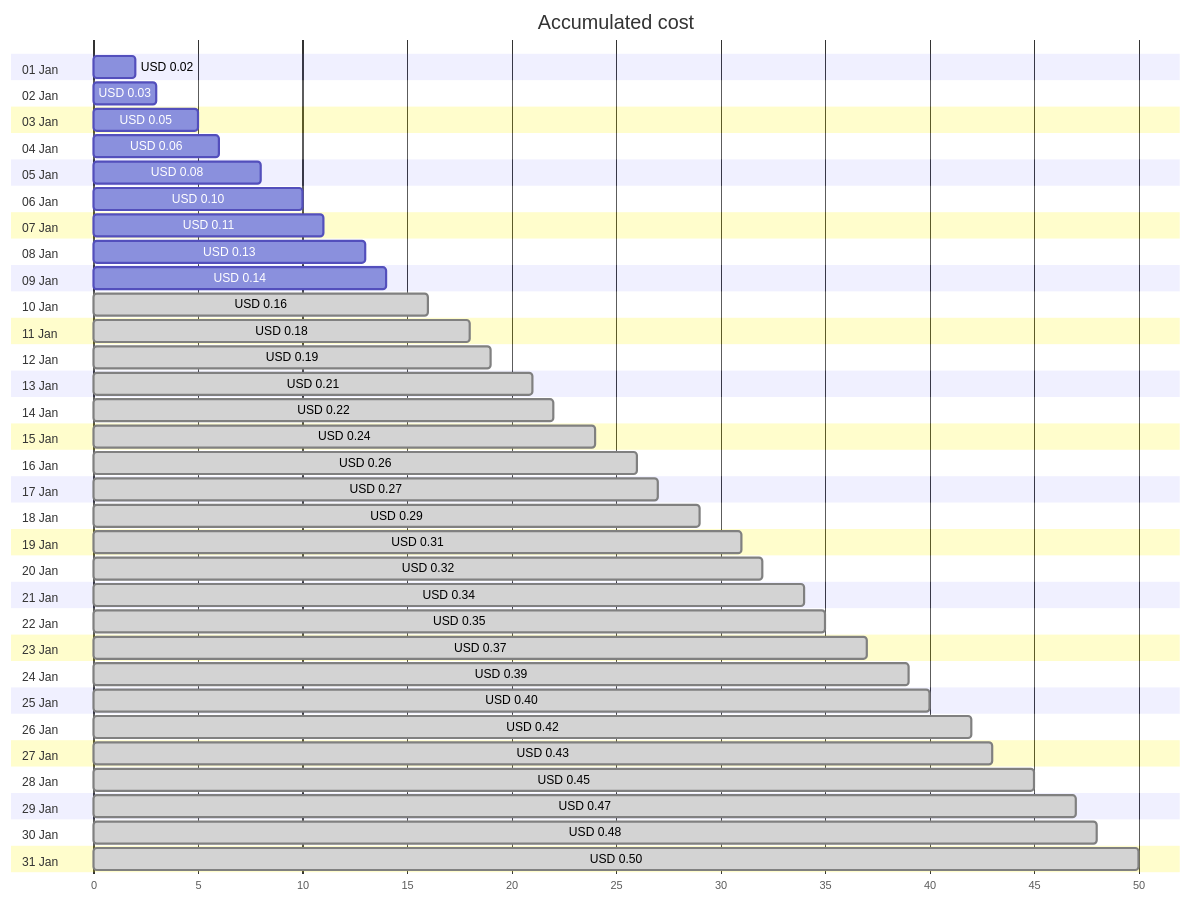
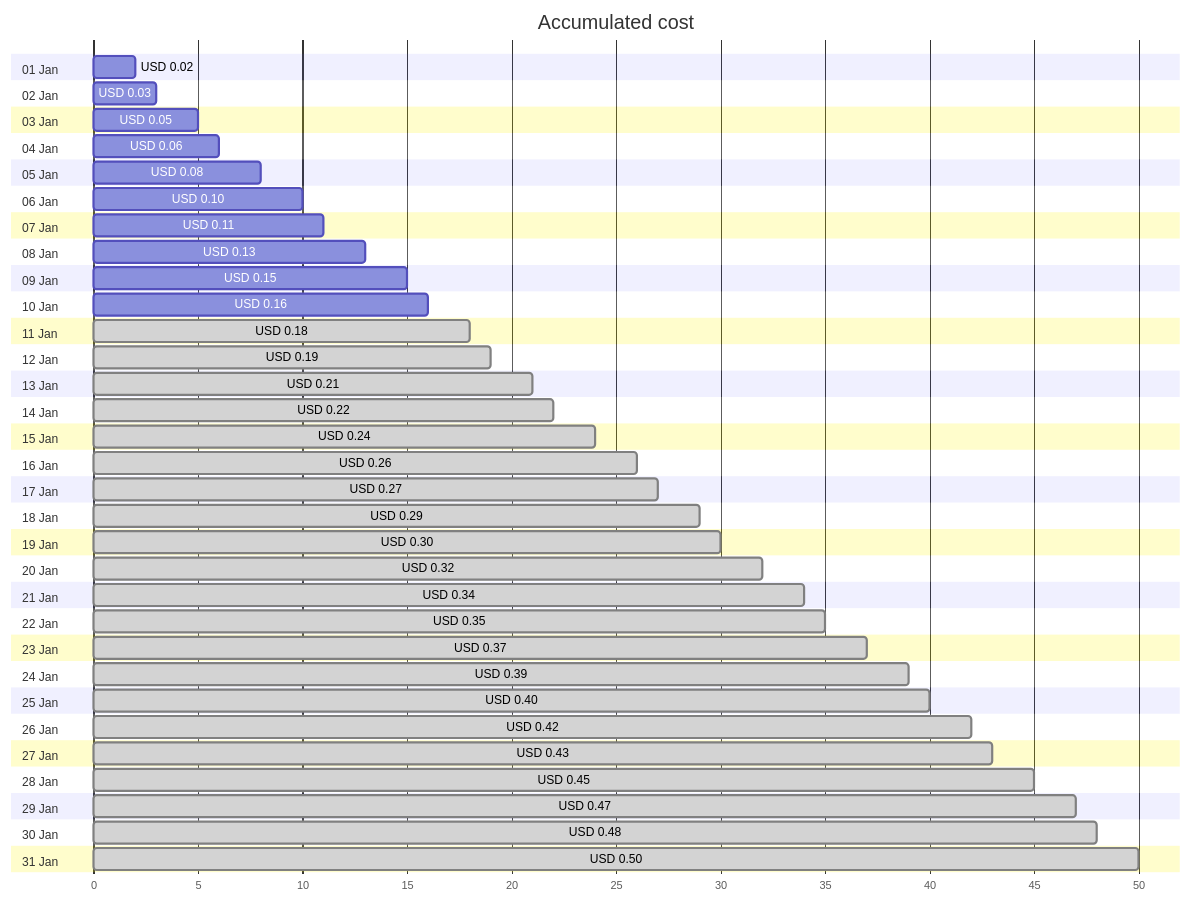
Before and after one commit to jpfulton/azure-personal-reports: the first of 4 diagrams in cost-reports/personal-network/private.jpatrickfulton.com.md, drawn with Mermaid. The commit also changed other lines of this file and 8 other files, not shown here.

````diff
--- a/cost-reports/personal-network/private.jpatrickfulton.com.md
+++ b/cost-reports/personal-network/private.jpatrickfulton.com.md
@@ -20,68 +20,68 @@
 ```mermaid
 gantt
    title Accumulated cost
    dateFormat  X
    axisFormat %s
    section 01 Jan
    USD 0.02 :0, 2
    section 02 Jan
    USD 0.03 :0, 3
    section 03 Jan
    USD 0.05 :0, 5
    section 04 Jan
    USD 0.06 :0, 6
    section 05 Jan
    USD 0.08 :0, 8
    section 06 Jan
    USD 0.10 :0, 10
    section 07 Jan
    USD 0.11 :0, 11
    section 08 Jan
    USD 0.13 :0, 13
    section 09 Jan
-   USD 0.14 :0, 14
+   USD 0.15 :0, 15
    section 10 Jan
-   USD 0.16 : done, 0, 16
+   USD 0.16 :0, 16
    section 11 Jan
    USD 0.18 : done, 0, 18
    section 12 Jan
    USD 0.19 : done, 0, 19
    section 13 Jan
    USD 0.21 : done, 0, 21
    section 14 Jan
    USD 0.22 : done, 0, 22
    section 15 Jan
    USD 0.24 : done, 0, 24
    section 16 Jan
    USD 0.26 : done, 0, 26
    section 17 Jan
    USD 0.27 : done, 0, 27
    section 18 Jan
    USD 0.29 : done, 0, 29
    section 19 Jan
-   USD 0.31 : done, 0, 31
+   USD 0.30 : done, 0, 30
    section 20 Jan
    USD 0.32 : done, 0, 32
    section 21 Jan
    USD 0.34 : done, 0, 34
    section 22 Jan
    USD 0.35 : done, 0, 35
    section 23 Jan
    USD 0.37 : done, 0, 37
    section 24 Jan
    USD 0.39 : done, 0, 39
    section 25 Jan
    USD 0.40 : done, 0, 40
    section 26 Jan
    USD 0.42 : done, 0, 42
    section 27 Jan
    USD 0.43 : done, 0, 43
    section 28 Jan
    USD 0.45 : done, 0, 45
    section 29 Jan
    USD 0.47 : done, 0, 47
    section 30 Jan
    USD 0.48 : done, 0, 48
    section 31 Jan
    USD 0.50 : done, 0, 50
 ```
````
